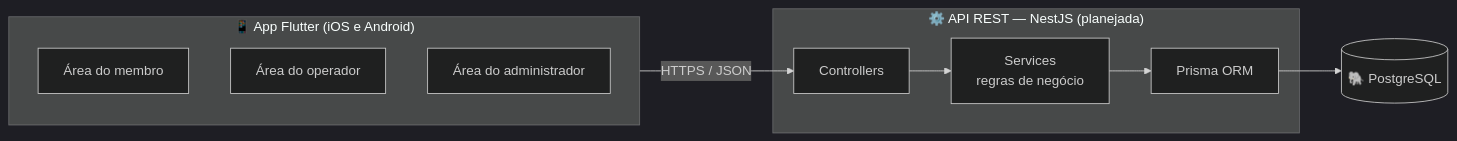
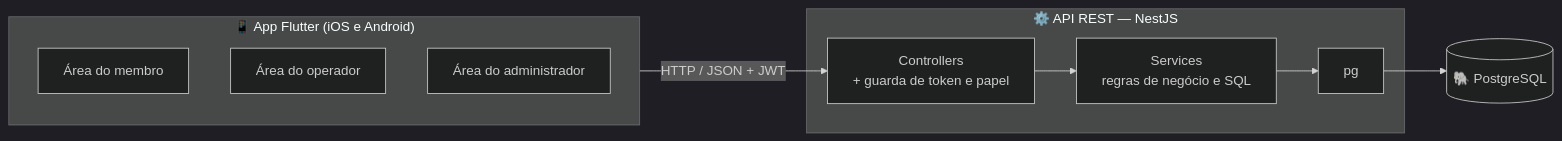
One commit to CaminiJulia/HADS_JuliaVeiga_MembroPass changed the diagram in README.md. Above: the diagram before and after it, drawn with Mermaid (dark theme). The commit also changed other lines of this file, not shown here.

Commit message:
docs: README com a API, o banco e como executar tudo

````diff
--- a/README.md
+++ b/README.md
@@ -48,18 +54,18 @@
 ```mermaid
 flowchart LR
     subgraph App["📱 App Flutter (iOS e Android)"]
         M[Área do membro]
         O[Área do operador]
         A[Área do administrador]
     end
 
-    subgraph API["⚙️ API REST — NestJS (planejada)"]
-        C[Controllers] --> S[Services<br/>regras de negócio]
-        S --> P[Prisma ORM]
+    subgraph API["⚙️ API REST — NestJS"]
+        C[Controllers<br/>+ guarda de token e papel] --> S[Services<br/>regras de negócio e SQL]
+        S --> P[pg]
     end
 
     DB[(🐘 PostgreSQL)]
 
-    App -- HTTPS / JSON --> C
+    App -- HTTP / JSON + JWT --> C
     P --> DB
 ```
````
